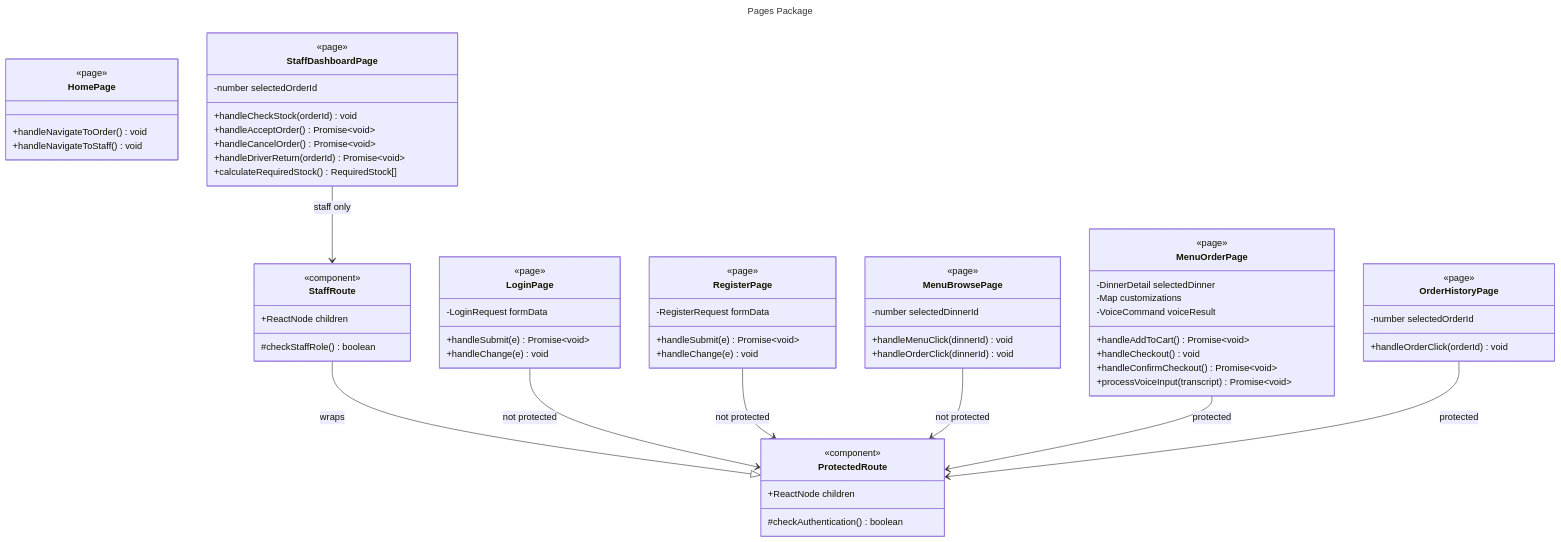
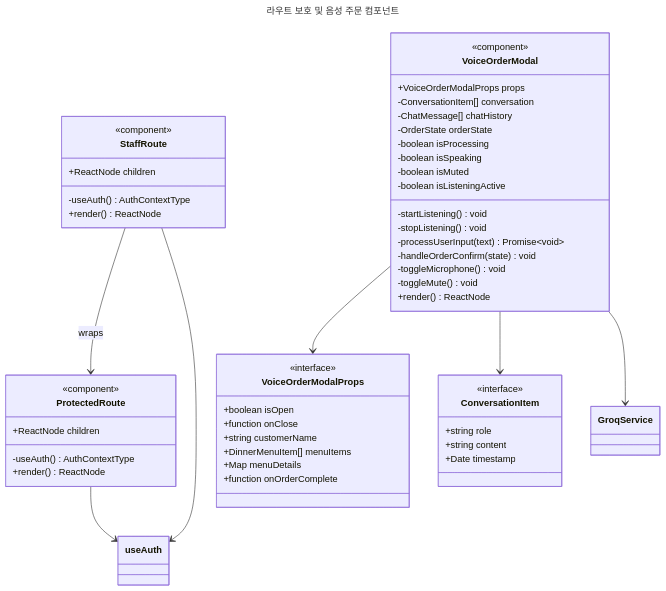
Before and after one commit to Ddogan-zip/ddoganzip-frontend: the tenth of 15 diagrams in docs/class-diagram.md, drawn with Mermaid. The commit also changed other lines of this file, not shown here.

Commit message:
Update class diagram with voice ordering system

````diff
--- a/docs/class-diagram.md
+++ b/docs/class-diagram.md
@@ -1191,82 +566,64 @@
 ```mermaid
 ---
-title: Pages Package
+title: 라우트 보호 및 음성 주문 컴포넌트
 ---
 classDiagram
     direction TB
 
     class ProtectedRoute {
         <<component>>
         +ReactNode children
-        #checkAuthentication() boolean
+        -useAuth() AuthContextType
+        +render() ReactNode
     }
 
     class StaffRoute {
         <<component>>
         +ReactNode children
-        #checkStaffRole() boolean
+        -useAuth() AuthContextType
+        +render() ReactNode
     }
 
-    class HomePage {
-        <<page>>
-        +handleNavigateToOrder() void
-        +handleNavigateToStaff() void
+    class VoiceOrderModalProps {
+        <<interface>>
+        +boolean isOpen
+        +function onClose
+        +string customerName
+        +DinnerMenuItem[] menuItems
+        +Map menuDetails
+        +function onOrderComplete
     }
 
-    class LoginPage {
-        <<page>>
-        -LoginRequest formData
-        +handleSubmit(e) Promise~void~
-        +handleChange(e) void
+    class ConversationItem {
+        <<interface>>
+        +string role
+        +string content
+        +Date timestamp
     }
 
-    class RegisterPage {
-        <<page>>
-        -RegisterRequest formData
-        +handleSubmit(e) Promise~void~
-        +handleChange(e) void
+    class VoiceOrderModal {
+        <<component>>
+        +VoiceOrderModalProps props
+        -ConversationItem[] conversation
+        -ChatMessage[] chatHistory
+        -OrderState orderState
+        -boolean isProcessing
+        -boolean isSpeaking
+        -boolean isMuted
+        -boolean isListeningActive
+        -startListening() void
+        -stopListening() void
+        -processUserInput(text) Promise~void~
+        -handleOrderConfirm(state) void
+        -toggleMicrophone() void
+        -toggleMute() void
+        +render() ReactNode
     }
 
-    class MenuBrowsePage {
-        <<page>>
-        -number selectedDinnerId
-        +handleMenuClick(dinnerId) void
-        +handleOrderClick(dinnerId) void
-    }
-
-    class MenuOrderPage {
-        <<page>>
-        -DinnerDetail selectedDinner
-        -Map customizations
-        -VoiceCommand voiceResult
-        +handleAddToCart() Promise~void~
-        +handleCheckout() void
-        +handleConfirmCheckout() Promise~void~
-        +processVoiceInput(transcript) Promise~void~
-    }
-
-    class OrderHistoryPage {
-        <<page>>
-        -number selectedOrderId
-        +handleOrderClick(orderId) void
-    }
-
-    class StaffDashboardPage {
-        <<page>>
-        -number selectedOrderId
-        +handleCheckStock(orderId) void
-        +handleAcceptOrder() Promise~void~
-        +handleCancelOrder() Promise~void~
-        +handleDriverReturn(orderId) Promise~void~
-        +calculateRequiredStock() RequiredStock[]
-    }
-
-    StaffRoute --|> ProtectedRoute : wraps
-
-    LoginPage --> ProtectedRoute : not protected
-    RegisterPage --> ProtectedRoute : not protected
-    MenuBrowsePage --> ProtectedRoute : not protected
-    MenuOrderPage --> ProtectedRoute : protected
-    OrderHistoryPage --> ProtectedRoute : protected
-    StaffDashboardPage --> StaffRoute : staff only
+    ProtectedRoute --> useAuth
+    StaffRoute --> ProtectedRoute : wraps
+    StaffRoute --> useAuth
+    VoiceOrderModal --> VoiceOrderModalProps
+    VoiceOrderModal --> ConversationItem
+    VoiceOrderModal --> GroqService
 ```
````
